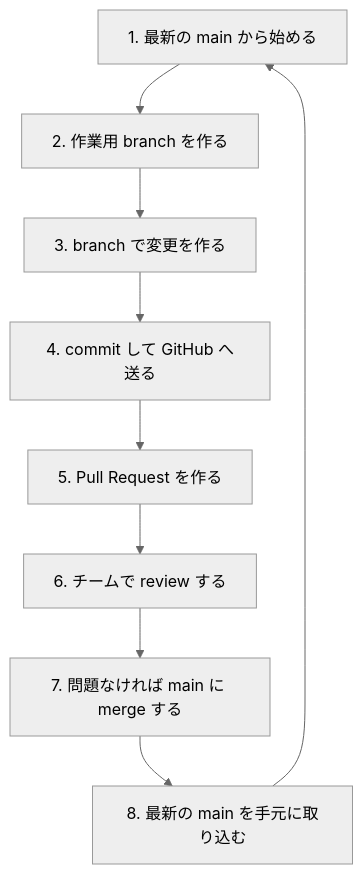
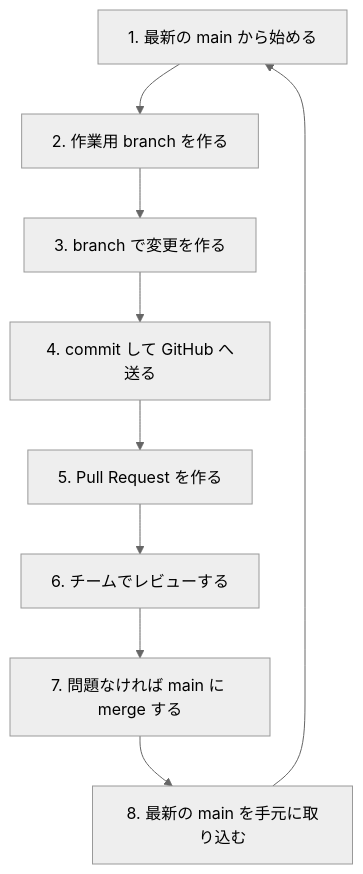
The seventh of 8 diagrams in 08/orientation.md (TORIFUKUKaiou/rails-dojo-year2-content), drawn with Mermaid (neutral theme) before and after one commit. The commit also changed other lines of this file, not shown here.

````diff
--- a/08/orientation.md
+++ b/08/orientation.md
@@ -242,11 +238,11 @@
 ```mermaid
 flowchart TD
   A["1. 最新の main から始める"] --> B["2. 作業用 branch を作る"]
   B --> C["3. branch で変更を作る"]
   C --> D["4. commit して GitHub へ送る"]
   D --> E["5. Pull Request を作る"]
-  E --> F["6. チームで review する"]
+  E --> F["6. チームでレビューする"]
   F --> G["7. 問題なければ main に merge する"]
   G --> H["8. 最新の main を手元に取り込む"]
   H --> A
 ```
````
